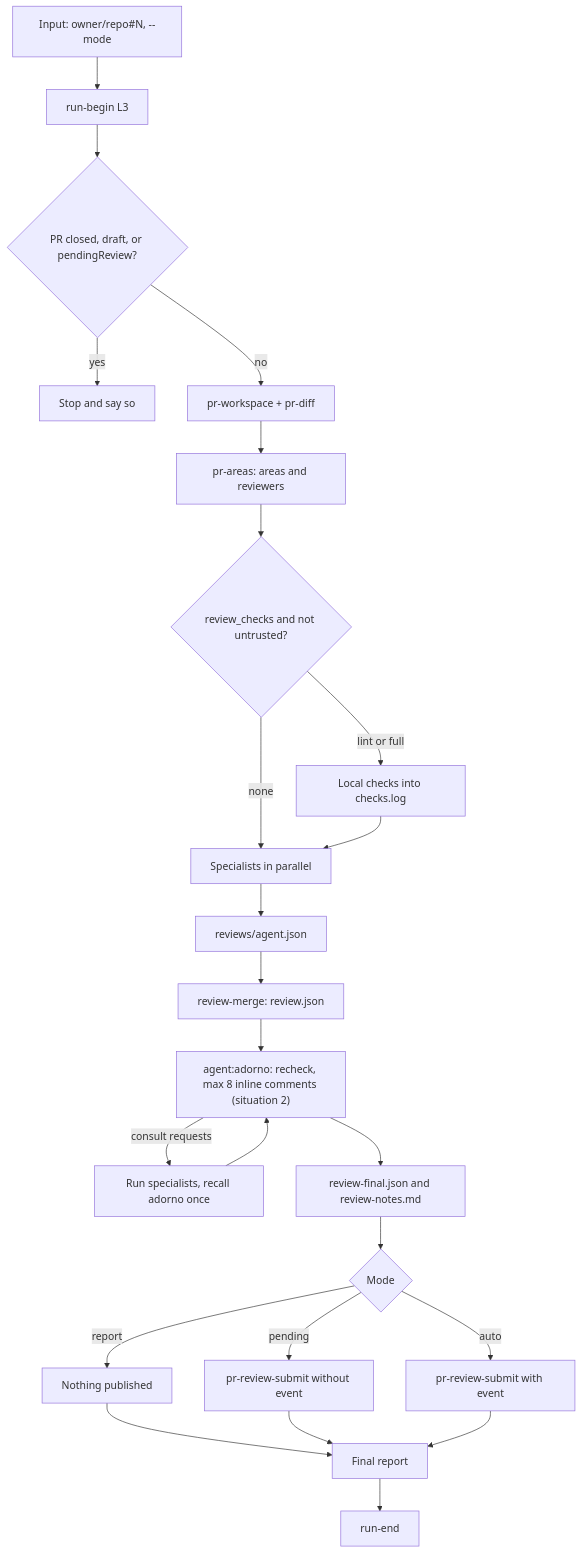
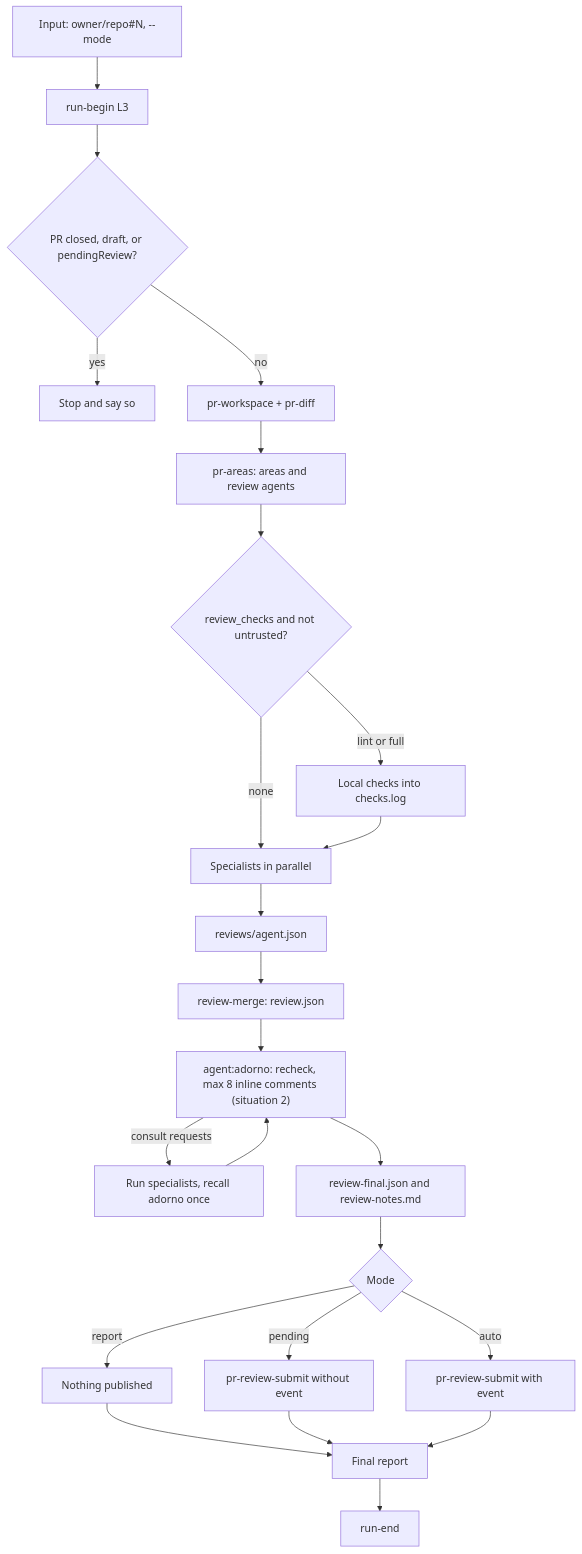
The fourth of 6 diagrams in src/workflows/pr/SCHEMA.md (nicolasmondain/adorno), drawn with Mermaid before and after one commit. The commit also changed other lines of this file and 220 other files, not shown here.

First line of the commit message:
feat(areas): map code areas to build, fix, perf, review and qa agents (#12)

````diff
--- a/src/workflows/pr/SCHEMA.md
+++ b/src/workflows/pr/SCHEMA.md
@@ -74,26 +74,26 @@
 ```mermaid
 flowchart TD
   A["Input: owner/repo#N, --mode"] --> B["run-begin L3"]
   B --> C{"PR closed, draft, or pendingReview?"}
   C -->|"yes"| X["Stop and say so"]
   C -->|"no"| D["pr-workspace + pr-diff"]
-  D --> E["pr-areas: areas and reviewers"]
+  D --> E["pr-areas: areas and review agents"]
   E --> F{"review_checks and not untrusted?"}
   F -->|"lint or full"| G["Local checks into checks.log"]
   F -->|"none"| H["Specialists in parallel"]
   G --> H
   H --> I["reviews/agent.json"]
   I --> J["review-merge: review.json"]
   J --> K["agent:adorno: recheck, max 8 inline comments (situation 2)"]
   K -->|"consult requests"| L["Run specialists, recall adorno once"]
   L --> K
   K --> M["review-final.json and review-notes.md"]
   M --> N{"Mode"}
   N -->|"report"| O["Nothing published"]
   N -->|"pending"| P["pr-review-submit without event"]
   N -->|"auto"| Q["pr-review-submit with event"]
   O --> R["Final report"]
   P --> R
   Q --> R
   R --> S["run-end"]
 ```
````
